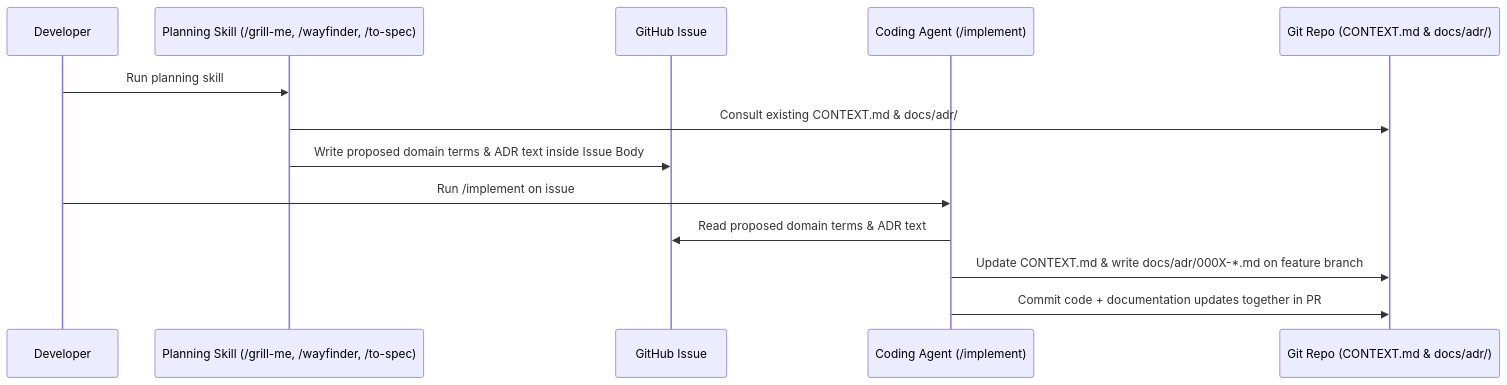
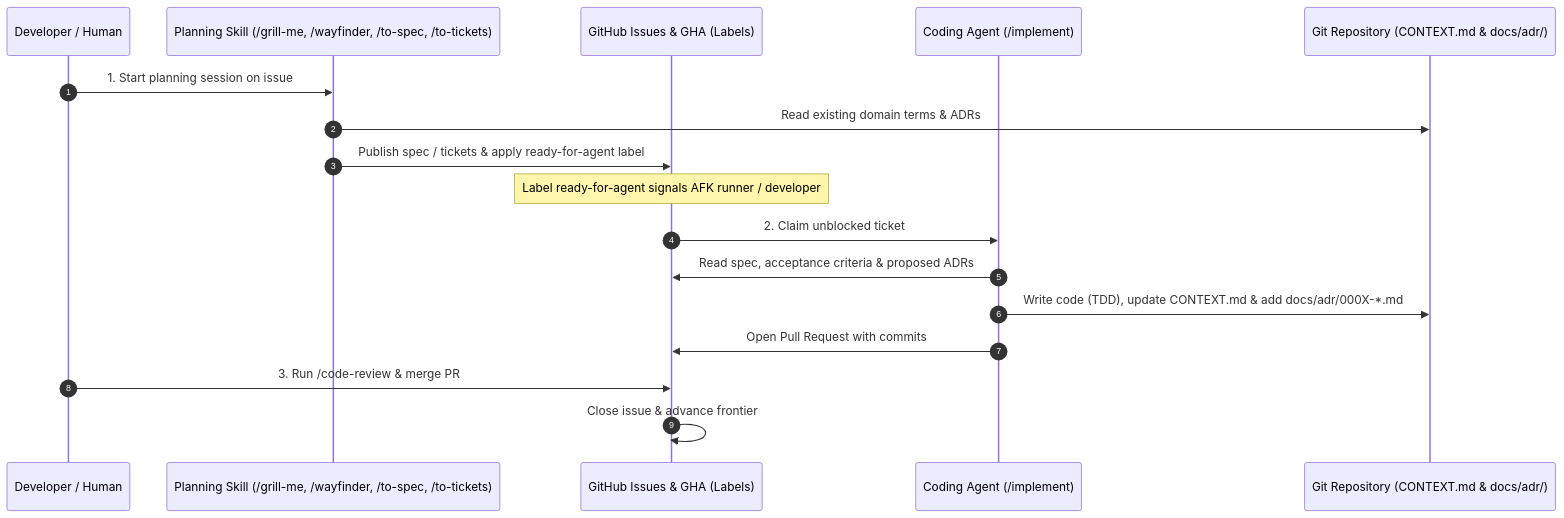
The second of 2 diagrams in docs/agents/workflows.md (jackmaders/watchpoint), drawn with Mermaid before and after one commit. The commit also changed other lines of this file, not shown here.

Commit message:
docs(workflows): 📊 consolidate into unified master workflow diagrams

````diff
--- a/docs/agents/workflows.md
+++ b/docs/agents/workflows.md
@@ -163,16 +117,20 @@
 ```mermaid
 sequenceDiagram
-    participant Human as Developer
-    participant Planning as Planning Skill (/grill-me, /wayfinder, /to-spec)
-    participant Issue as GitHub Issue
-    participant Coding as Coding Agent (/implement)
-    participant Git as Git Repo (CONTEXT.md & docs/adr/)
+    autonumber
+    participant Dev as Developer / Human
+    participant Planning as Planning Skill (/grill-me, /wayfinder, /to-spec, /to-tickets)
+    participant Tracker as GitHub Issues & GHA (Labels)
+    participant Agent as Coding Agent (/implement)
+    participant Git as Git Repository (CONTEXT.md & docs/adr/)
 
-    Human->>Planning: Run planning skill
-    Planning->>Git: Consult existing CONTEXT.md & docs/adr/
-    Planning->>Issue: Write proposed domain terms & ADR text inside Issue Body
-    Human->>Coding: Run /implement on issue
-    Coding->>Issue: Read proposed domain terms & ADR text
-    Coding->>Git: Update CONTEXT.md & write docs/adr/000X-*.md on feature branch
-    Coding->>Git: Commit code + documentation updates together in PR
+    Dev->>Planning: 1. Start planning session on issue
+    Planning->>Git: Read existing domain terms & ADRs
+    Planning->>Tracker: Publish spec / tickets & apply ready-for-agent label
+    Note over Tracker: Label ready-for-agent signals AFK runner / developer
+    Tracker->>Agent: 2. Claim unblocked ticket
+    Agent->>Tracker: Read spec, acceptance criteria & proposed ADRs
+    Agent->>Git: Write code (TDD), update CONTEXT.md & add docs/adr/000X-*.md
+    Agent->>Tracker: Open Pull Request with commits
+    Dev->>Tracker: 3. Run /code-review & merge PR
+    Tracker->>Tracker: Close issue & advance frontier
 ```
````
